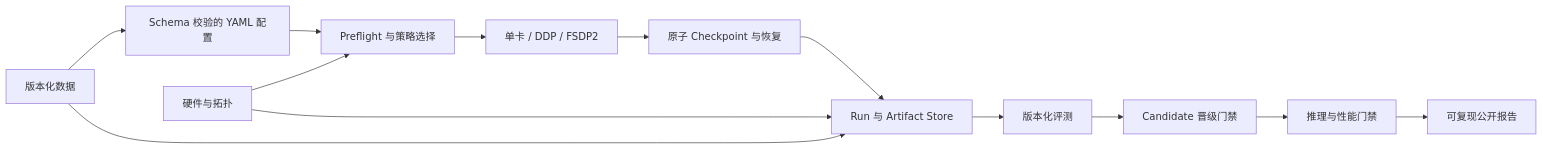
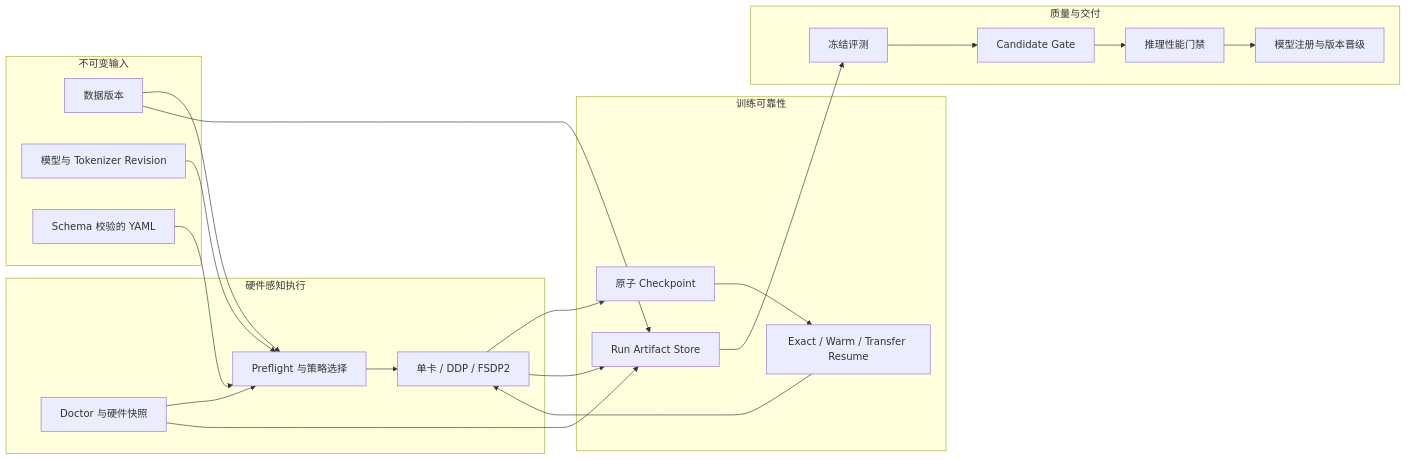
Before and after one commit to JayYu686/TinyLLM-System: the first of 3 diagrams in README.md, drawn with Mermaid. The commit also changed other lines of this file and 109 other files, not shown here.

````diff
--- a/README.md
+++ b/README.md
@@ -95,15 +32,43 @@
 ```mermaid
 flowchart LR
-    A[版本化数据] --> B[Schema 校验的 YAML 配置]
-    H[硬件与拓扑] --> P[Preflight 与策略选择]
-    B --> P
-    P --> T[单卡 / DDP / FSDP2]
-    T --> C[原子 Checkpoint 与恢复]
-    C --> R[Run 与 Artifact Store]
-    R --> E[版本化评测]
-    E --> G[Candidate 晋级门禁]
-    G --> I[推理与性能门禁]
-    I --> X[可复现公开报告]
-    A --> R
-    H --> R
+    subgraph Inputs["不可变输入"]
+        D[数据版本]
+        M[模型与 Tokenizer Revision]
+        Y[Schema 校验的 YAML]
+    end
+
+    subgraph Planning["硬件感知执行"]
+        H[Doctor 与硬件快照]
+        P[Preflight 与策略选择]
+        T[单卡 / DDP / FSDP2]
+    end
+
+    subgraph Reliability["训练可靠性"]
+        C[原子 Checkpoint]
+        R[Exact / Warm / Transfer Resume]
+        A[Run Artifact Store]
+    end
+
+    subgraph Delivery["质量与交付"]
+        E[冻结评测]
+        G[Candidate Gate]
+        I[推理性能门禁]
+        V[模型注册与版本晋级]
+    end
+
+    D --> P
+    M --> P
+    Y --> P
+    H --> P
+    P --> T
+    T --> C
+    C --> R
+    R --> T
+    T --> A
+    D --> A
+    H --> A
+    A --> E
+    E --> G
+    G --> I
+    I --> V
 ```
````
